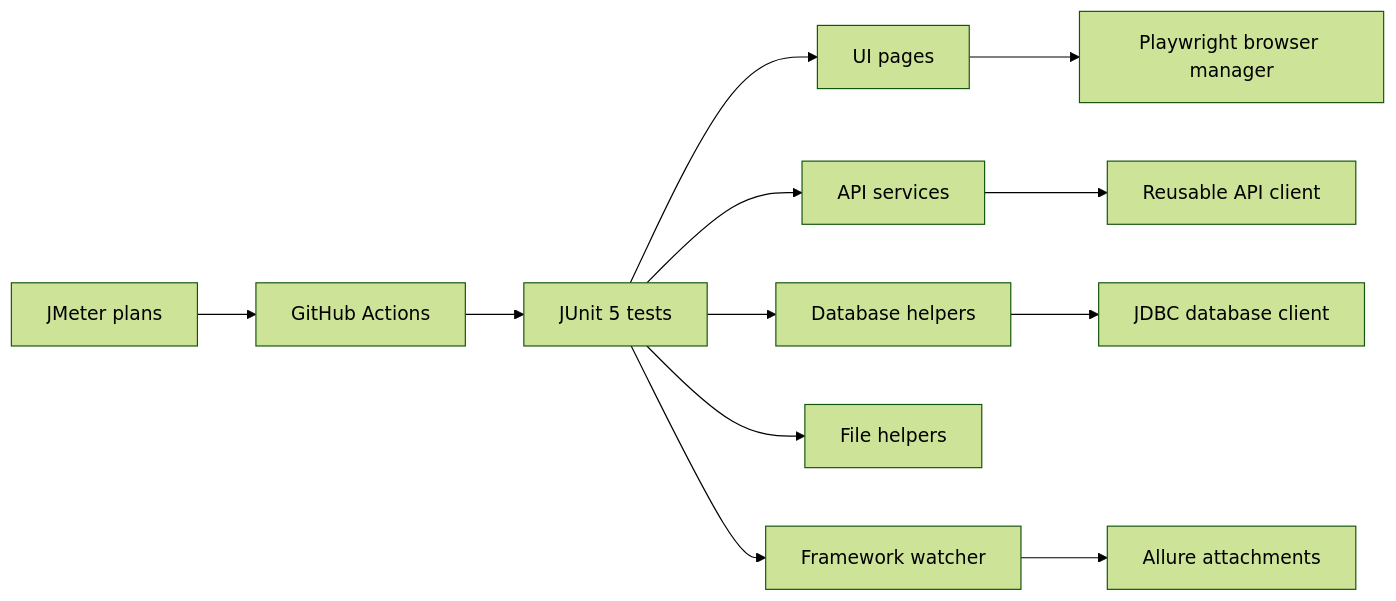
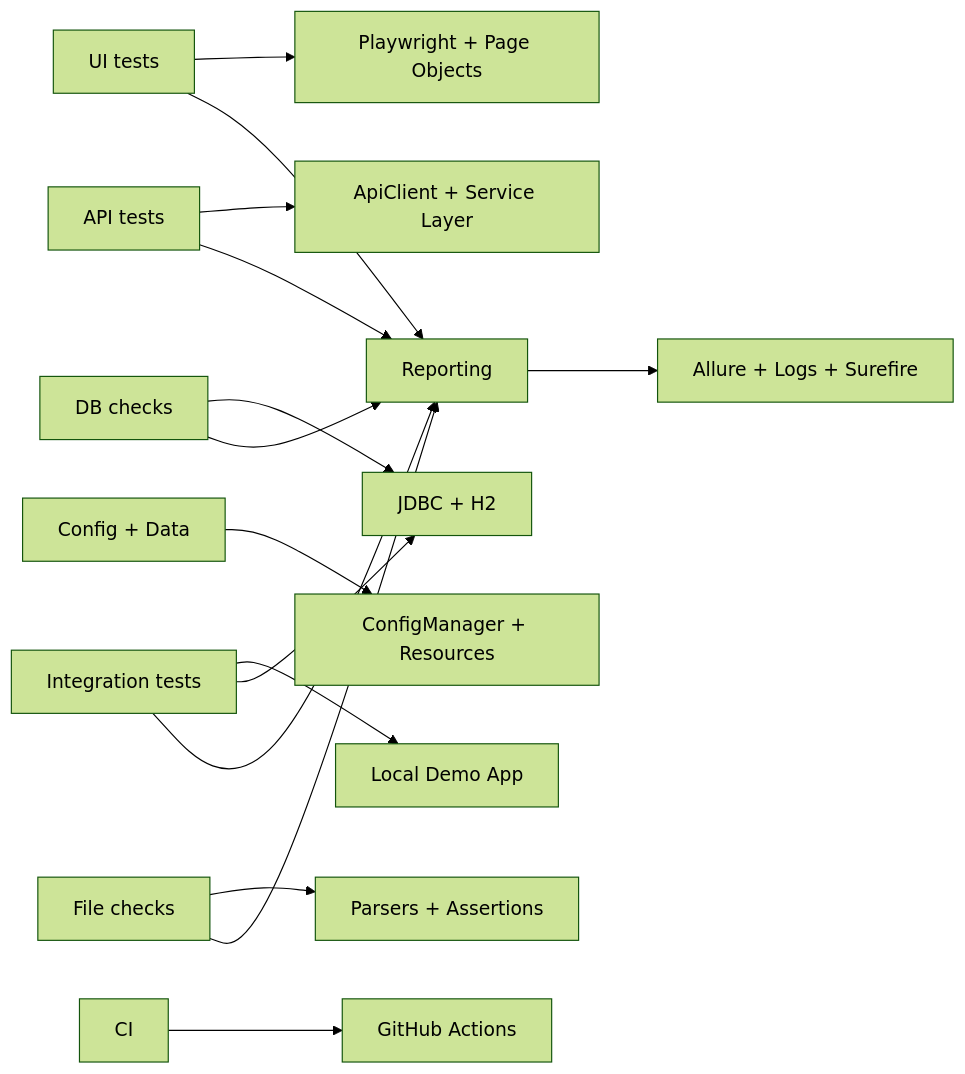
Before and after one commit to DenTerrens/enterprise-test-framework: the diagram in README.md, drawn with Mermaid (forest theme). The commit also changed other lines of this file and 6 other files, not shown here.

````diff
--- a/README.md
+++ b/README.md
@@ -50,14 +75,17 @@
 ```mermaid
 flowchart LR
-    A["JUnit 5 tests"] --> B["UI pages"]
-    A --> C["API services"]
-    A --> D["Database helpers"]
-    A --> E["File helpers"]
-    A --> F["Framework watcher"]
-    B --> G["Playwright browser manager"]
-    C --> H["Reusable API client"]
-    D --> I["JDBC database client"]
-    F --> J["Allure attachments"]
-    K["GitHub Actions"] --> A
-    L["JMeter plans"] --> K
+    A["UI tests"] --> B["Playwright + Page Objects"]
+    C["API tests"] --> D["ApiClient + Service Layer"]
+    E["DB checks"] --> F["JDBC + H2"]
+    G["File checks"] --> H["Parsers + Assertions"]
+    I["Integration tests"] --> J["Local Demo App"]
+    I --> F
+    K["Config + Data"] --> L["ConfigManager + Resources"]
+    M["Reporting"] --> N["Allure + Logs + Surefire"]
+    O["CI"] --> P["GitHub Actions"]
+    A --> M
+    C --> M
+    E --> M
+    G --> M
+    I --> M
 ```
````
